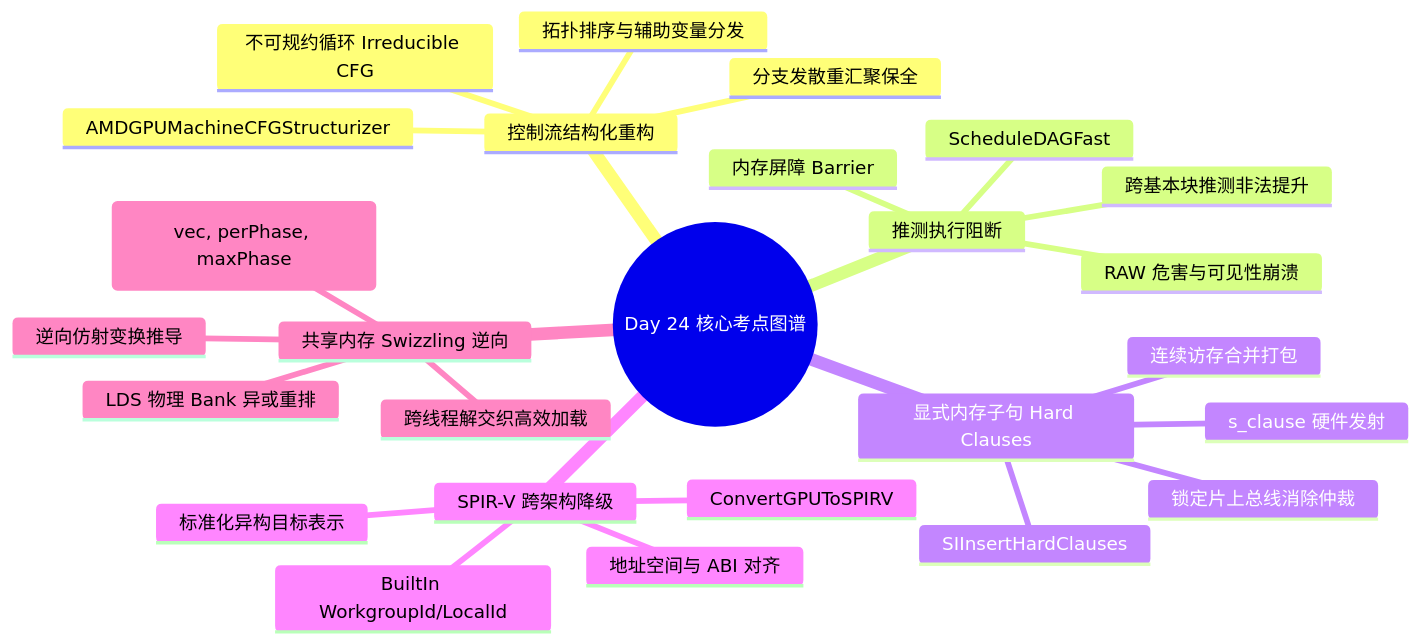
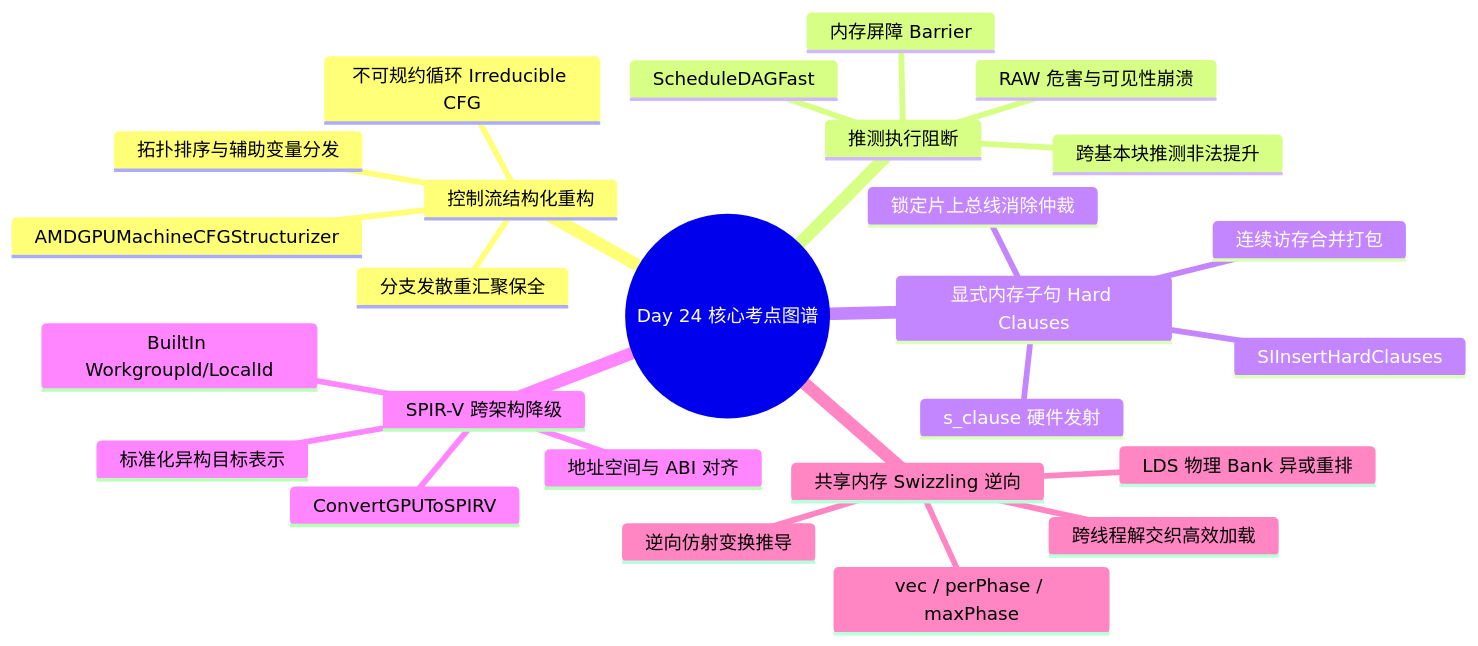
Before and after one commit to zhoujingfighting/zhoujingfighting.github.io: the diagram in source/_posts/2026-11-08-gpgpu-compiler-interview-day-24.md, drawn with Mermaid. The commit also changed 21 other files, not shown here.

````diff
--- a/source/_posts/2026-11-08-gpgpu-compiler-interview-day-24.md
+++ b/source/_posts/2026-11-08-gpgpu-compiler-interview-day-24.md
@@ -45,29 +45,29 @@
 ```mermaid
 mindmap
   root((Day 24 核心考点图谱))
     控制流结构化重构
       AMDGPUMachineCFGStructurizer
       不可规约循环 Irreducible CFG
       拓扑排序与辅助变量分发
       分支发散重汇聚保全
     推测执行阻断
       ScheduleDAGFast
       内存屏障 Barrier
       跨基本块推测非法提升
       RAW 危害与可见性崩溃
     显式内存子句 Hard Clauses
       SIInsertHardClauses
       连续访存合并打包
       s_clause 硬件发射
       锁定片上总线消除仲裁
     SPIR-V 跨架构降级
       ConvertGPUToSPIRV
       BuiltIn WorkgroupId/LocalId
       地址空间与 ABI 对齐
       标准化异构目标表示
     共享内存 Swizzling 逆向
-      (vec, perPhase, maxPhase)
+      vec / perPhase / maxPhase
       LDS 物理 Bank 异或重排
       逆向仿射变换推导
       跨线程解交织高效加载
 ```
````
